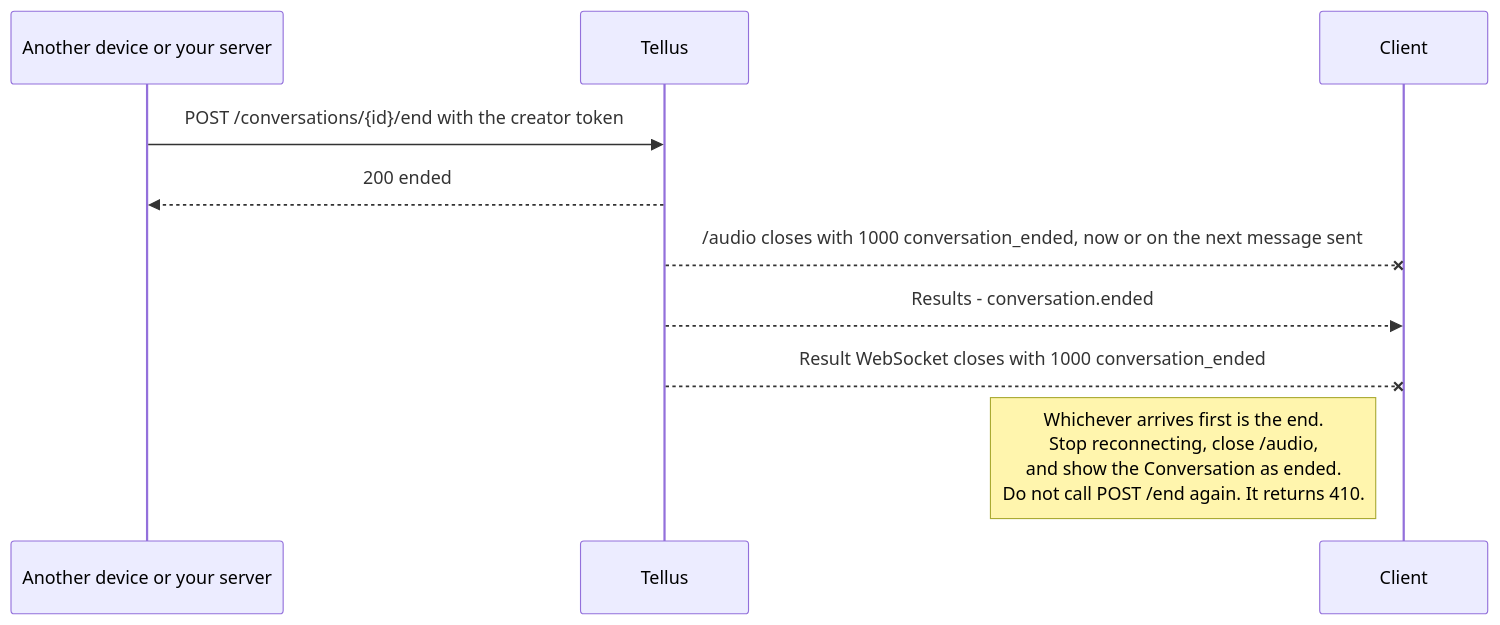
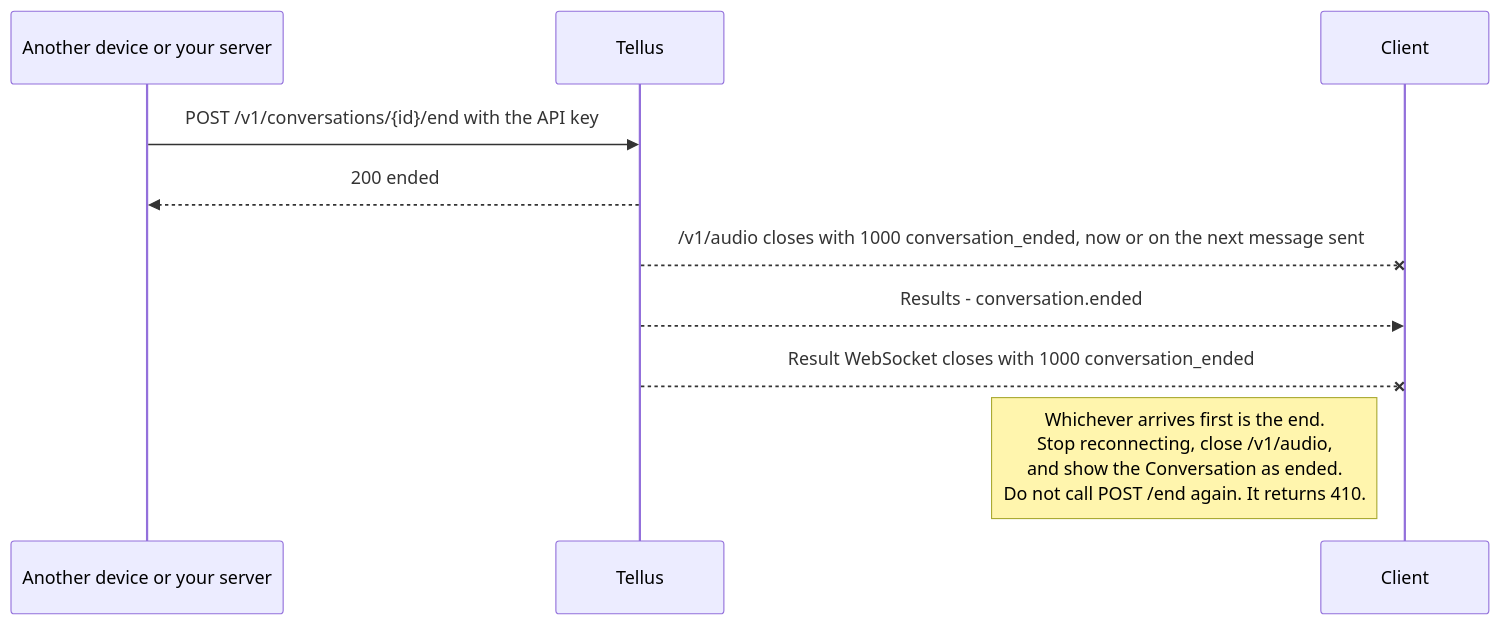
Before and after one commit to tellus-ai/Tellus-realtime-translate-example: the fourth of 4 diagrams in README.md, drawn with Mermaid. The commit also changed other lines of this file and 73 other files, not shown here.

First line of the commit message:
feat(api): move the three examples to the /v1 Conversation API

````diff
--- a/README.md
+++ b/README.md
@@ -741,13 +895,13 @@
 ```mermaid
 sequenceDiagram
     participant O as Another device or your server
     participant T as Tellus
     participant C as Client
 
-    O->>T: POST /conversations/{id}/end with the creator token
+    O->>T: POST /v1/conversations/{id}/end with the API key
     T-->>O: 200 ended
-    T--xC: /audio closes with 1000 conversation_ended, now or on the next message sent
+    T--xC: /v1/audio closes with 1000 conversation_ended, now or on the next message sent
     T-->>C: Results - conversation.ended
     T--xC: Result WebSocket closes with 1000 conversation_ended
-    Note left of C: Whichever arrives first is the end.<br/>Stop reconnecting, close /audio,<br/>and show the Conversation as ended.<br/>Do not call POST /end again. It returns 410.
+    Note left of C: Whichever arrives first is the end.<br/>Stop reconnecting, close /v1/audio,<br/>and show the Conversation as ended.<br/>Do not call POST /end again. It returns 410.
 ```
````
